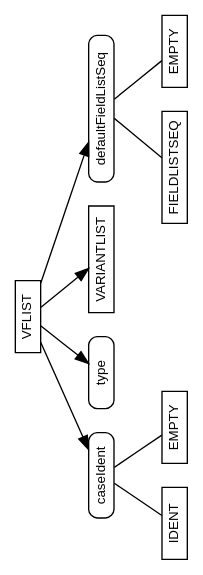
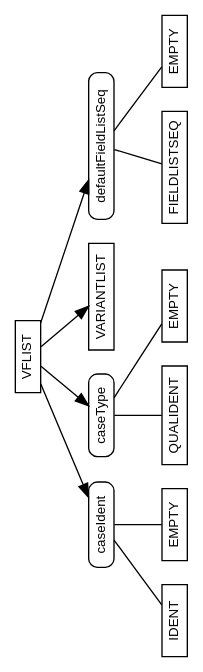
The diagram in vflist.dot (m2sf/M2-AST-Node-Diagrams), drawn with Graphviz before and after one commit.

Commit message:
correction

```diff
--- a/vflist.dot
+++ b/vflist.dot
@@ -1,74 +1,78 @@
 /* AST node diagram generator script collection for M2C, M2J and M2Sharp.
  *
  * Copyright (c) 2016 The Modula-2 Software Foundation
  *
  * Author & Maintainer: Benjamin Kowarsch <org.m2sf>
  *
  * @synopsis
  *
  * The M2C, M2J and M2Sharp compilers are multi-dialect Modula-2 translators
  * and compilers respectively targeting C99, Java/JVM and C#/CLR, sharing a
  * common abstract syntax tree (AST) specification.
  *
  * The AST node diagram generator script collection consists of Graphviz DOT
  * descriptions for all AST node types of the common AST specification.
  *
  * The Graphviz dot utility is required to generate the diagrams. 
  * It may be obtained from http://www.graphviz.org/download.php.
  *
  * @repository
  *
  * https://github.com/m2sf/m2-ast-node-diagrams
  *
  * @file
  *
  * vflist.dot
  *
  * VFLIST node diagram.
  *
  * Usage: $ dot vflist.dot -Tps > vflist.ps
  *
  * @license
  *
  * This is free software: you can redistribute and/or modify it under the
  * terms of the GNU Lesser General Public License (LGPL) either version 2.1
  * or at your choice version 3 as published by the Free Software Foundation.
  * However, you may not alter the copyright, author and license information.
  *
  * It is distributed in the hope that it will be useful,  but WITHOUT
  * ANY WARRANTY; without even the implied warranty of MERCHANTABILITY or
  * FITNESS FOR A PARTICULAR PURPOSE.  Read the license for more details.
  *
  * You should have received a copy of the GNU Lesser General Public License.
  * If not, see <https://www.gnu.org/copyleft/lesser.html>.
  *
  * NB: Components in the domain part of email addresses are in reverse order.
  */
 
 /*** VFLIST Node ***/
 
 digraph VFLIST {
   graph [orientation=landscape,fontname=helvetica];
   node [fontname=helvetica,fontsize=10,shape=box,height=0.25];
   
   node [style=solid];
   edge [arrowhead=normal];
   
   VFLIST -> { id0 id1 id2 id3 };
   id0 [label="caseIdent",style=rounded];
-  id1 [label="type",style=rounded];
+  id1 [label="caseType",style=rounded];
   id2 [label="VARIANTLIST"];
   id3 [label="defaultFieldListSeq",style=rounded];
   
   edge [arrowhead=none];
   
   id0 -> { id4 id5 };
   id4 [label="IDENT"];
   id5 [label="EMPTY"];
   
-  id3 -> { id6 id7 };
-  id6 [label="FIELDLISTSEQ"];
+  id1 -> { id6 id7 };
+  id6 [label="QUALIDENT"];
   id7 [label="EMPTY"];
+  
+  id3 -> { id8 id9 };
+  id8 [label="FIELDLISTSEQ"];
+  id9 [label="EMPTY"];
 }
 
 /* END OF FILE */
```
